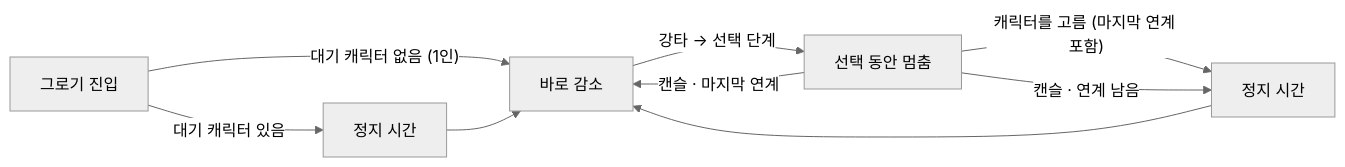
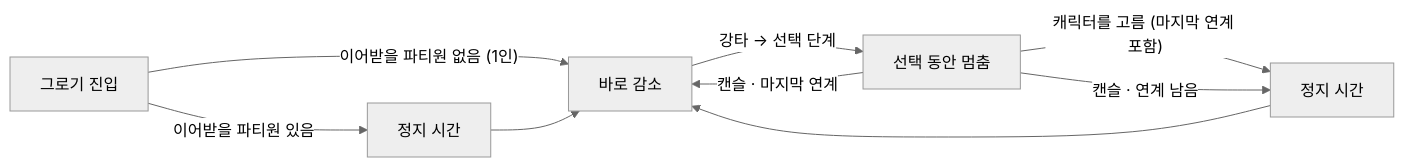
One commit to SquashPrince/Develrocket_mp15_HHH changed the first of 4 diagrams in Docs/Technical/Player/PlayerComboSkill.md. Above: the diagram before and after it, drawn with Mermaid (neutral theme). The commit also changed other lines of this file and 3 other files, not shown here.

````diff
--- a/Docs/Technical/Player/PlayerComboSkill.md
+++ b/Docs/Technical/Player/PlayerComboSkill.md
@@ -36,10 +36,10 @@
 ```mermaid
 flowchart LR
-    G["그로기 진입"] -->|"대기 캐릭터 있음"| H1["정지 시간"]
-    G -->|"대기 캐릭터 없음 (1인)"| R["바로 감소"]
+    G["그로기 진입"] -->|"이어받을 파티원 있음"| H1["정지 시간"]
+    G -->|"이어받을 파티원 없음 (1인)"| R["바로 감소"]
     H1 --> R
     R -->|"강타 → 선택 단계"| P["선택 동안 멈춤"]
     P -->|"캐릭터를 고름 (마지막 연계 포함)"| H2["정지 시간"] --> R
     P -->|"캔슬 · 연계 남음"| H2
     P -->|"캔슬 · 마지막 연계"| R
 ```
````
